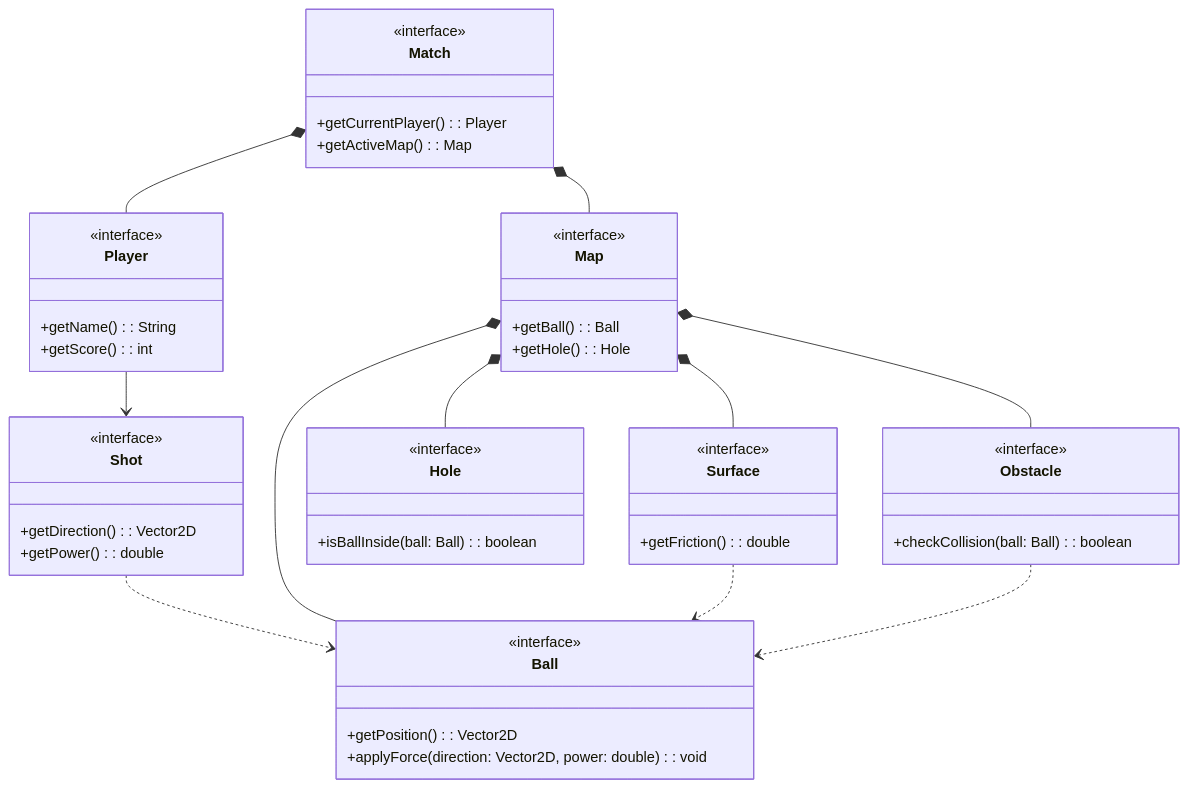
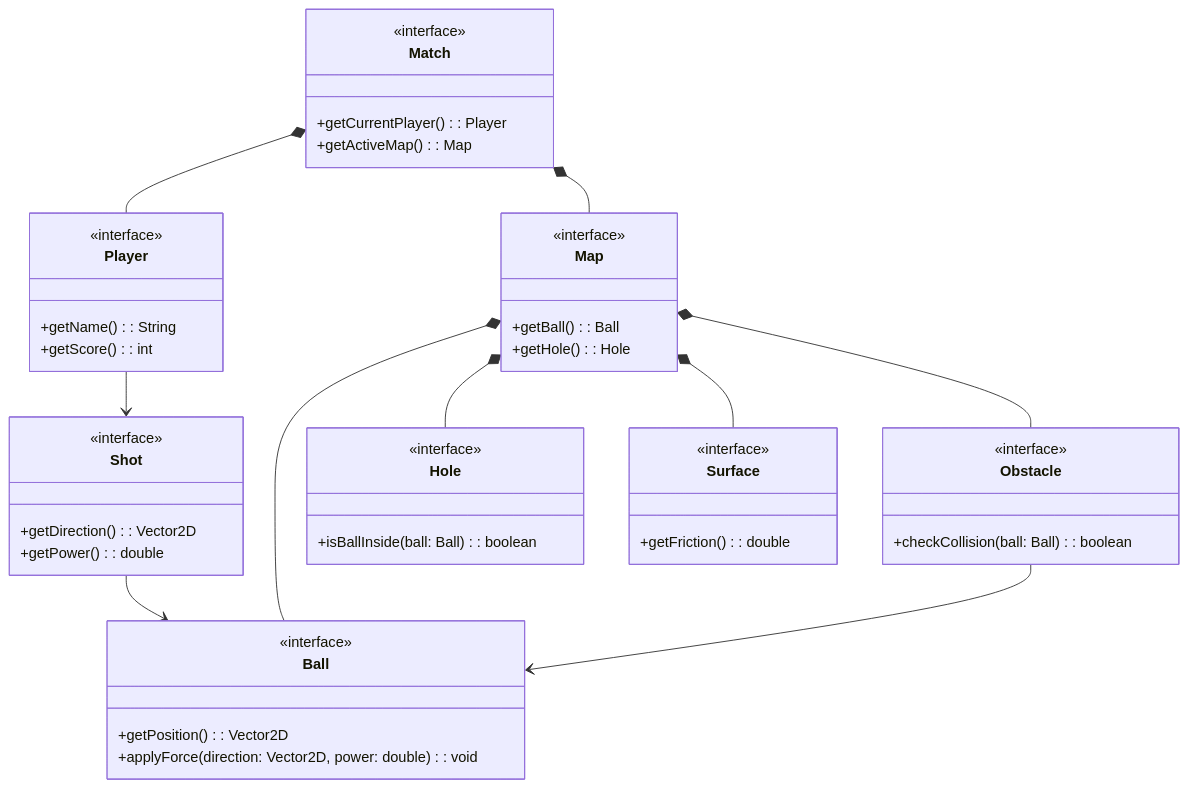
One commit to jjacomo/OOP25-mini-gOOlf changed the first of 12 diagrams in notes/report/report.md. Above: the diagram before and after it, drawn with Mermaid. The commit also changed other lines of this file, not shown here.

````diff
--- a/notes/report/report.md
+++ b/notes/report/report.md
@@ -24,61 +24,60 @@
 ```mermaid
 classDiagram
     class Match {
         <<interface>>
         +getCurrentPlayer() : Player
         +getActiveMap() : Map
     }
     
     class Map {
         <<interface>>
         +getBall() : Ball
         +getHole() : Hole
     }
     
     class Player {
         <<interface>>
         +getName() : String
         +getScore() : int
     }
     
     class Ball {
         <<interface>>
         +getPosition() : Vector2D
         +applyForce(direction: Vector2D, power: double) : void
     }
     
     class Hole {
         <<interface>>
         +isBallInside(ball: Ball) : boolean
     }
     
     class Surface {
         <<interface>>
         +getFriction() : double
     }
     
     class Obstacle {
         <<interface>>
         +checkCollision(ball: Ball) : boolean
     }
     
     class Shot {
         <<interface>>
         +getDirection() : Vector2D
         +getPower() : double
     }
 
     %% Relazioni essenziali
     Match *-- Player
     Match *-- Map
     
     Map *-- Ball
     Map *-- Hole
     Map *-- Surface
     Map *-- Obstacle
 
     Player --> Shot
-    Shot ..> Ball
-    Surface ..> Ball
-    Obstacle ..> Ball
+    Shot --> Ball
+    Obstacle --> Ball
 ```
````
